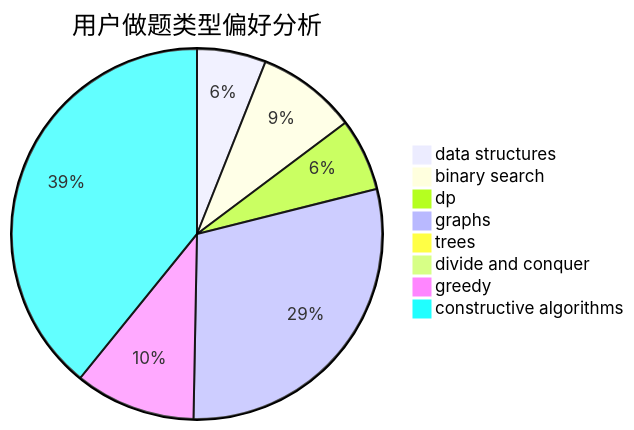
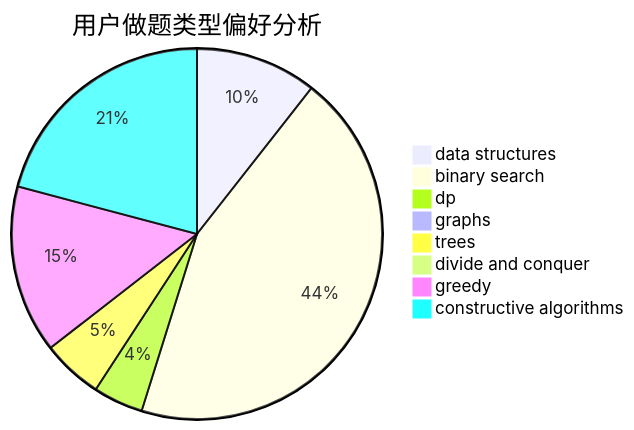
The second of 3 diagrams in docs/user/u2335.md (sherpahu/cfrs.github.io), drawn with Mermaid before and after one commit. The commit also changed other lines of this file and 2770 other files, not shown here.

````diff
--- a/docs/user/u2335.md
+++ b/docs/user/u2335.md
@@ -23,11 +23,11 @@
 ```mermaid
 pie title 用户做题类型偏好分析
-    "data structures" :  20
-    "binary search" :  29
-    "dp" :  21
-    "graphs" :  97
-    "trees" :  0
-    "divide and conquer" :  3
-    "greedy" :  35
-    "constructive algorithms" :  130
+    "data structures" :  34
+    "binary search" :  142
+    "dp" :  14
+    "graphs" :  3
+    "trees" :  17
+    "divide and conquer" :  0
+    "greedy" :  47
+    "constructive algorithms" :  67
 ```
````
